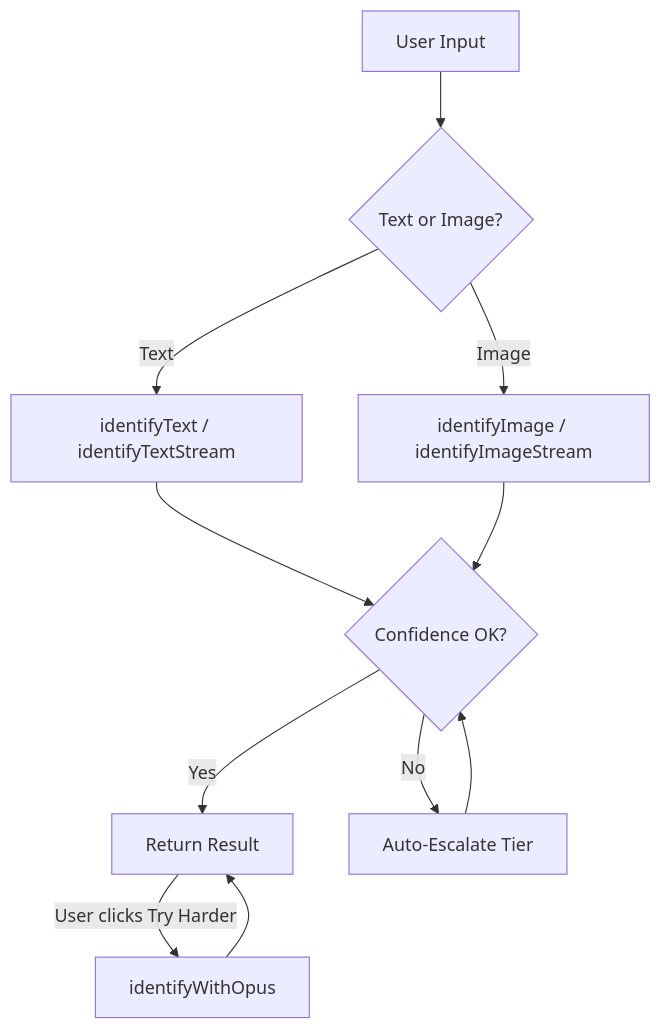
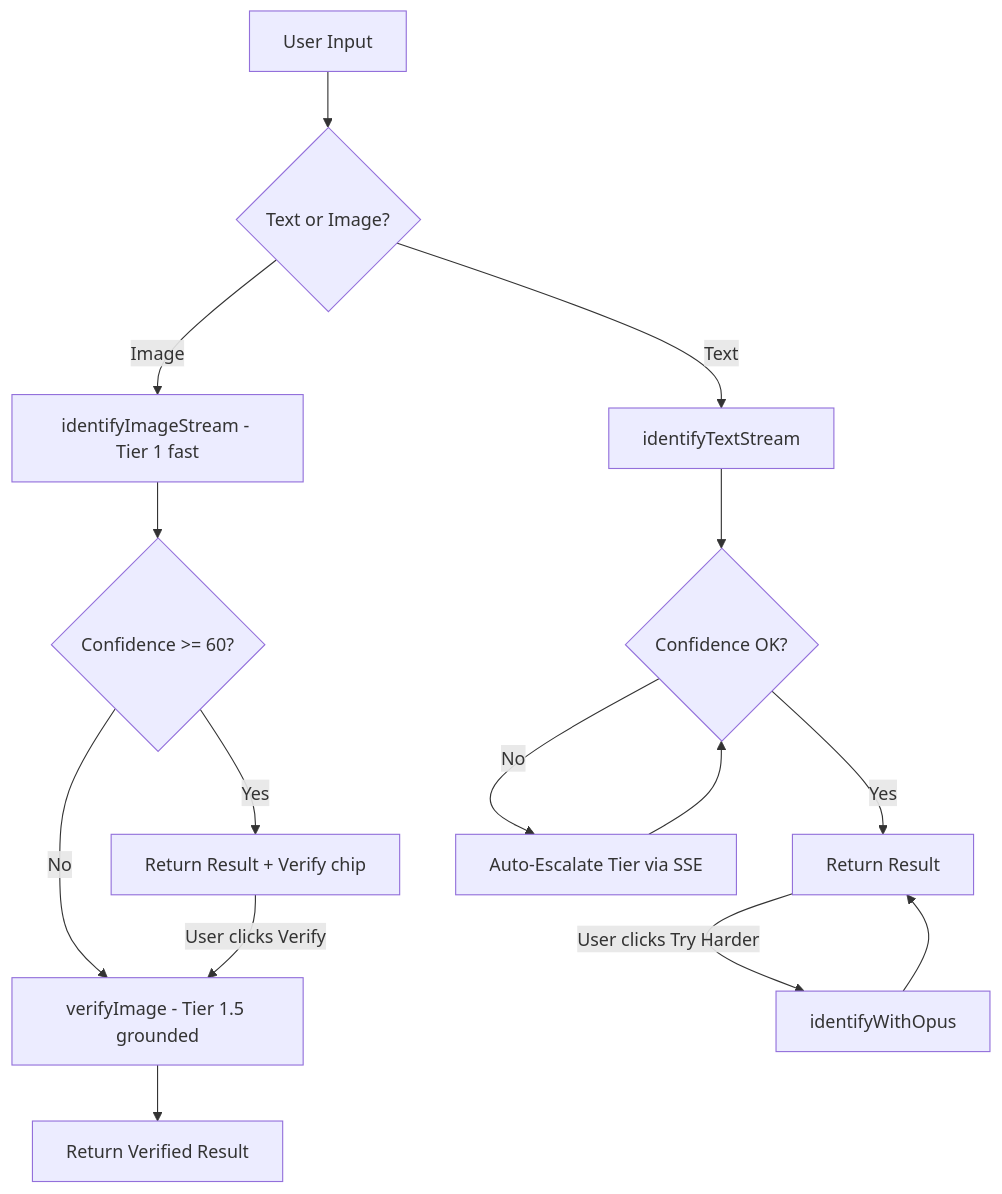
The second of 2 diagrams in docs/API.md (philhumber/wineApp), drawn with Mermaid before and after one commit. The commit also changed other lines of this file and 22 other files, not shown here.

First line of the commit message:
Honest image scoring, auto-verify, and manual Verify chip

````diff
--- a/docs/API.md
+++ b/docs/API.md
@@ -503,13 +503,17 @@
 ```mermaid
 graph TD
     A[User Input] --> B{Text or Image?}
-    B -->|Text| C[identifyText / identifyTextStream]
-    B -->|Image| D[identifyImage / identifyImageStream]
+    B -->|Text| C[identifyTextStream]
+    B -->|Image| D[identifyImageStream - Tier 1 fast]
     C --> E{Confidence OK?}
-    D --> E
-    E -->|Yes| F[Return Result]
-    E -->|No| G[Auto-Escalate Tier]
+    D --> I{Confidence >= 60?}
+    I -->|No| J[verifyImage - Tier 1.5 grounded]
+    I -->|Yes| F[Return Result + Verify chip]
+    J --> F2[Return Verified Result]
+    E -->|Yes| F3[Return Result]
+    E -->|No| G[Auto-Escalate Tier via SSE]
     G --> E
-    F -->|User clicks Try Harder| H[identifyWithOpus]
-    H --> F
+    F -->|User clicks Verify| J
+    F3 -->|User clicks Try Harder| H[identifyWithOpus]
+    H --> F3
 ```
````
